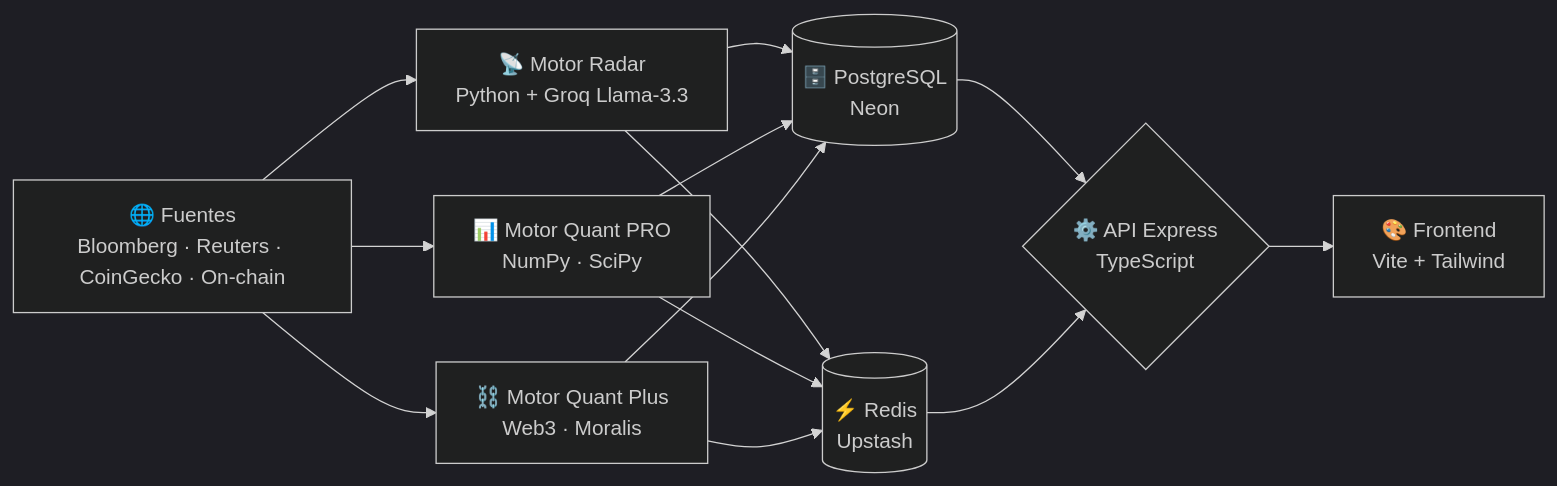
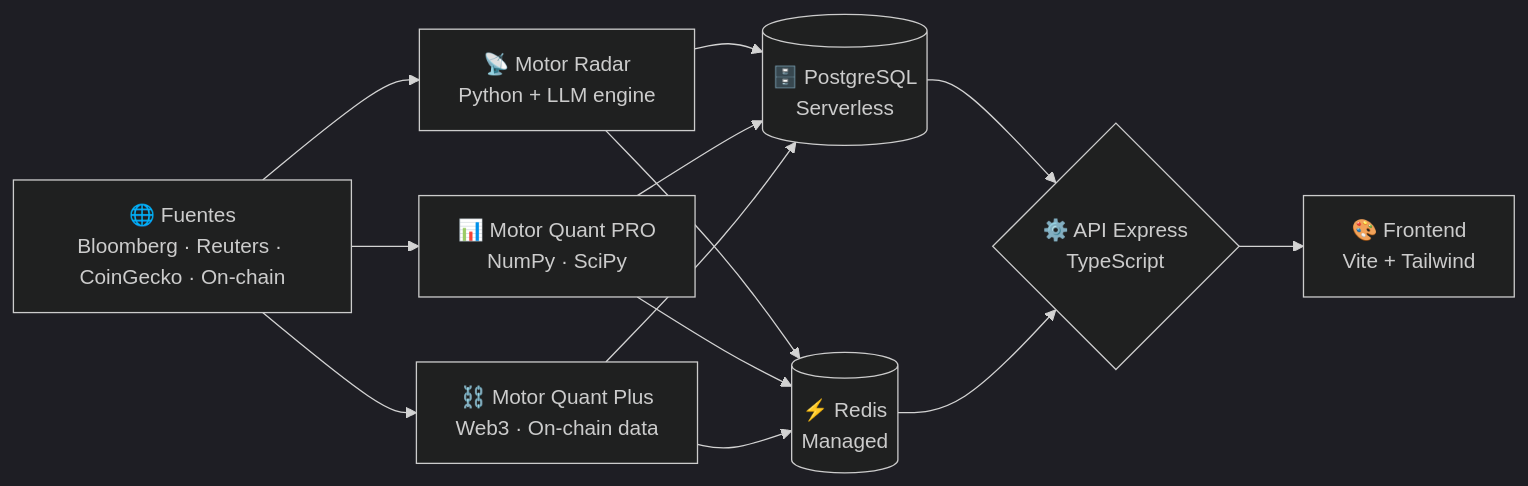
One commit to Jegoba90/CryptoCapy-Portfolio changed the diagram in README.md. Above: the diagram before and after it, drawn with Mermaid (dark theme). The commit also changed other lines of this file, not shown here.

First line of the commit message:
docs: sanitize vendor references and add engine output examples

````diff
--- a/README.md
+++ b/README.md
@@ -140,15 +140,15 @@
 ```mermaid
 flowchart LR
-    A["🌐 Fuentes<br/>Bloomberg · Reuters · CoinGecko · On-chain"] --> B["📡 Motor Radar<br/>Python + Groq Llama-3.3"]
+    A["🌐 Fuentes<br/>Bloomberg · Reuters · CoinGecko · On-chain"] --> B["📡 Motor Radar<br/>Python + LLM engine"]
     A --> C["📊 Motor Quant PRO<br/>NumPy · SciPy"]
-    A --> D["⛓️ Motor Quant Plus<br/>Web3 · Moralis"]
-    B --> E[("🗄️ PostgreSQL<br/>Neon")]
+    A --> D["⛓️ Motor Quant Plus<br/>Web3 · On-chain data"]
+    B --> E[("🗄️ PostgreSQL<br/>Serverless")]
     C --> E
     D --> E
-    B --> F[("⚡ Redis<br/>Upstash")]
+    B --> F[("⚡ Redis<br/>Managed")]
     C --> F
     D --> F
     E --> G{"⚙️ API Express<br/>TypeScript"}
     F --> G
     G --> H["🎨 Frontend<br/>Vite + Tailwind"]
 ```
````
